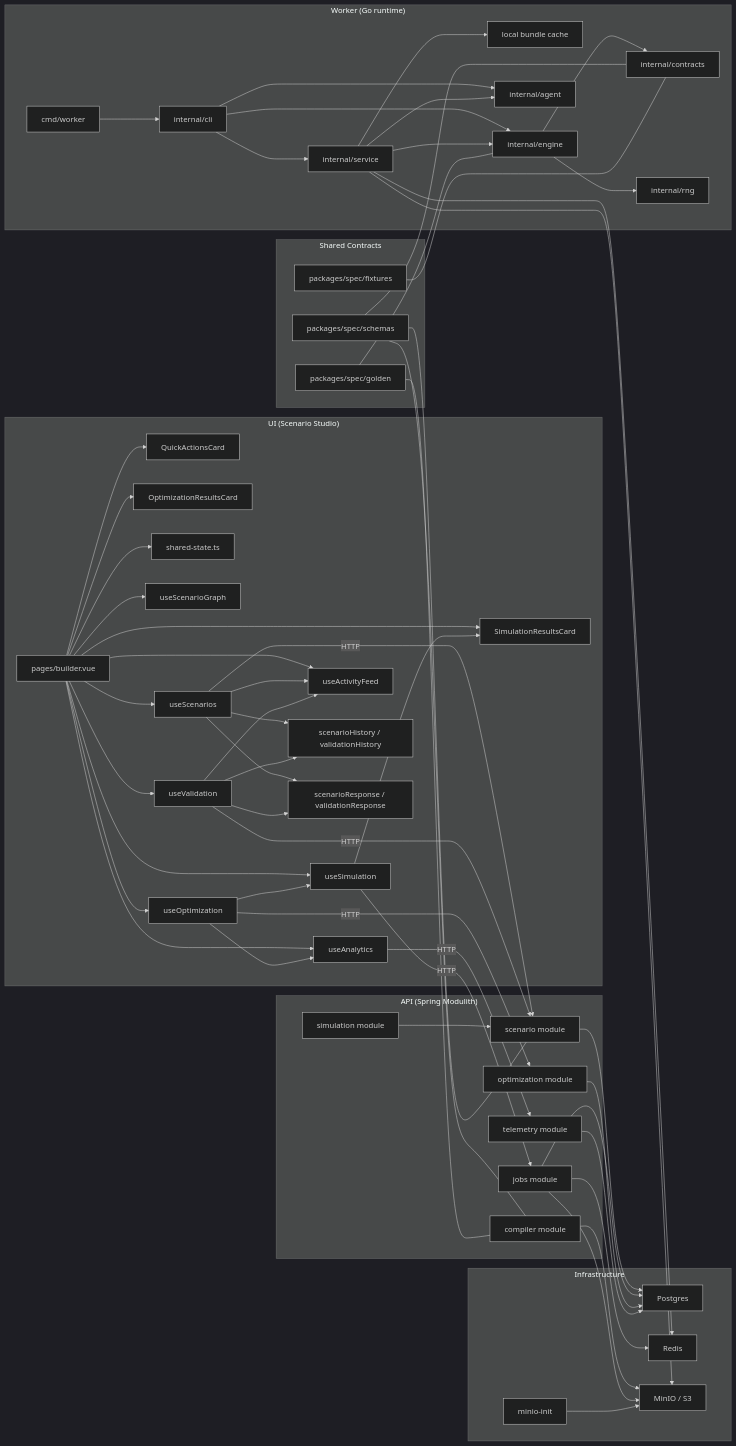
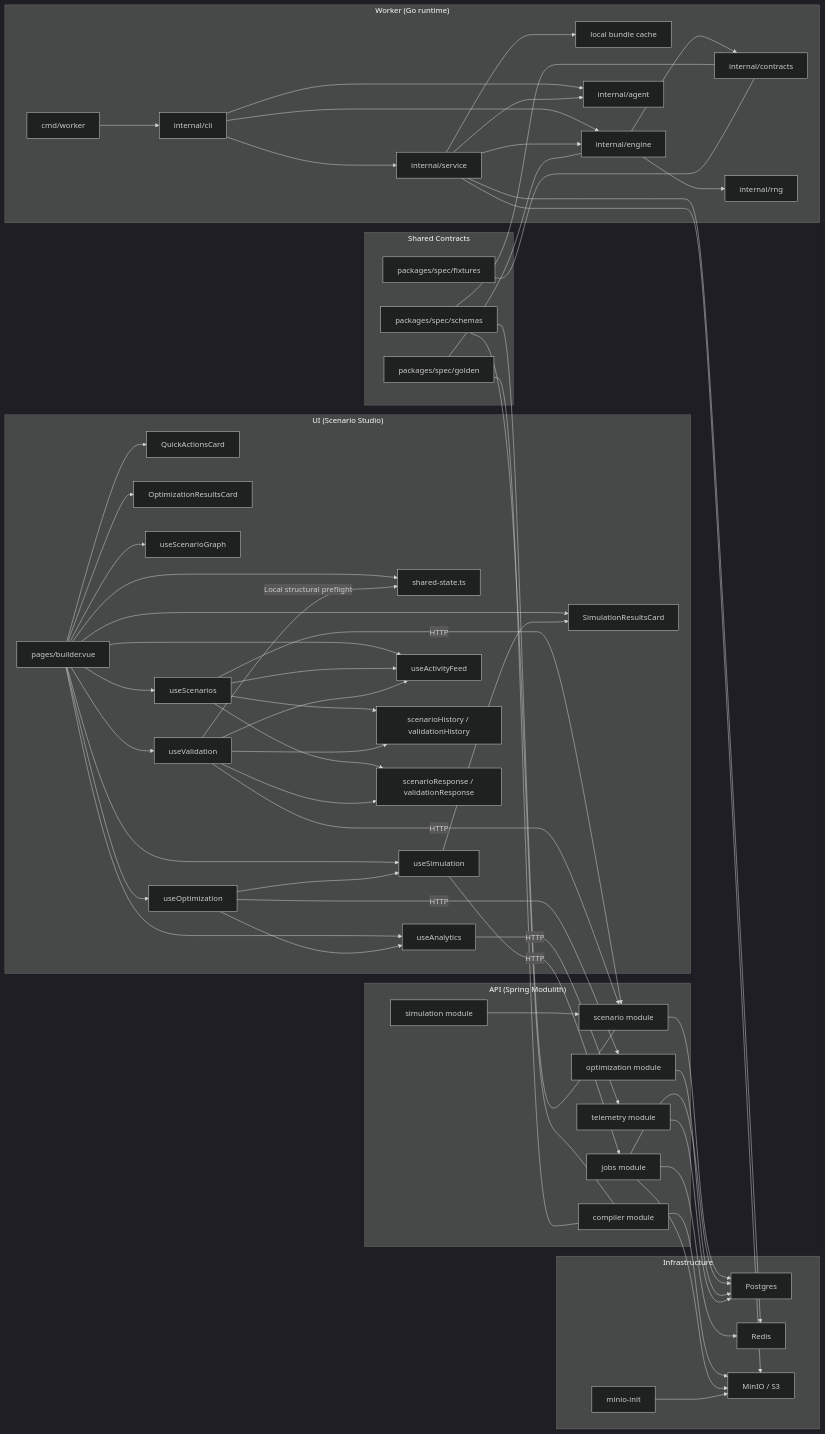
Before and after one commit to danagbemava/athanor: the first of 5 diagrams in docs/architecture/knowledge-graph.md, drawn with Mermaid (dark theme). The commit also changed other lines of this file and 1 other file, not shown here.

Commit message:
Clarify validation and compilation flows

```diff
--- a/docs/architecture/knowledge-graph.md
+++ b/docs/architecture/knowledge-graph.md
@@ -88,6 +88,7 @@
 
   Scenarios -->|"HTTP"| Scenario
   Validation -->|"HTTP"| Scenario
+  Validation -->|"Local structural preflight"| SharedState
   Simulation -->|"HTTP"| Jobs
   Optimization -->|"HTTP"| Opt
   Analytics -->|"HTTP"| Telemetry
```
